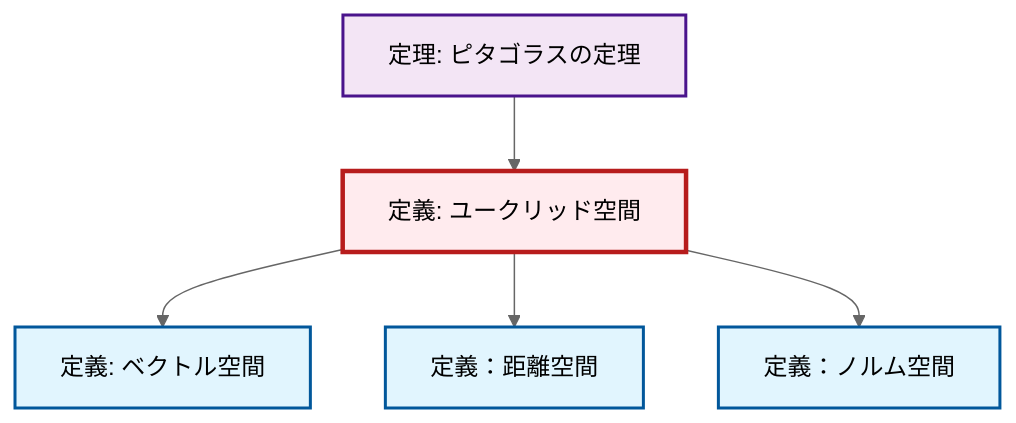
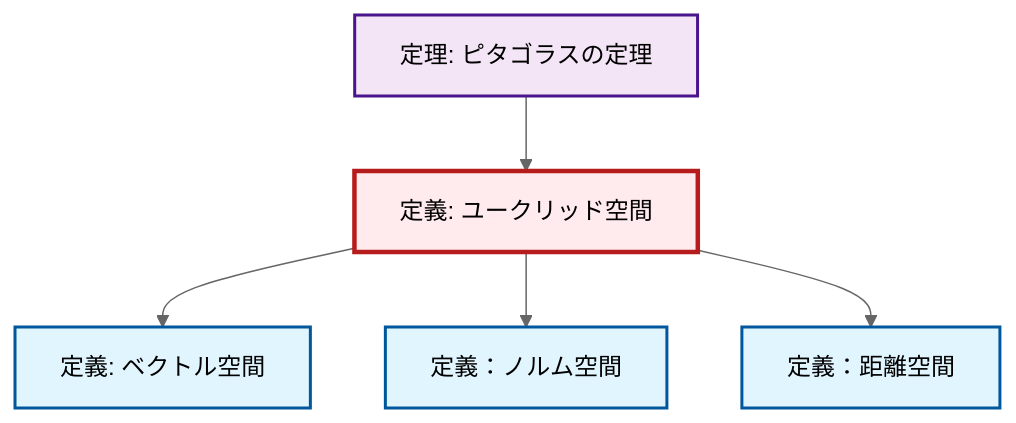
Before and after one commit to RK0429/ModernMath: the diagram in output/mermaid/ja/def-euclidean-space.mermaid, drawn with Mermaid (neutral theme). The commit also changed other lines of this file and 3094 other files, not shown here.

```diff
--- a/output/mermaid/ja/def-euclidean-space.mermaid
+++ b/output/mermaid/ja/def-euclidean-space.mermaid
@@ -1,17 +1,17 @@
 %%| fig-cap: "Local dependency graph"
 graph TD
     classDef definition fill:#e1f5fe,stroke:#01579b,stroke-width:2px
     classDef theorem fill:#f3e5f5,stroke:#4a148c,stroke-width:2px
     classDef axiom fill:#fff3e0,stroke:#e65100,stroke-width:2px
     classDef example fill:#e8f5e9,stroke:#1b5e20,stroke-width:2px
     classDef current fill:#ffebee,stroke:#b71c1c,stroke-width:3px
+    def-vector-space["定義: ベクトル空間"]:::definition
     def-metric-space["定義：距離空間"]:::definition
     def-normed-vector-space["定義：ノルム空間"]:::definition
-    def-vector-space["定義: ベクトル空間"]:::definition
+    thm-pythagorean["定理: ピタゴラスの定理"]:::theorem
     def-euclidean-space["定義: ユークリッド空間"]:::definition
-    thm-pythagorean["定理: ピタゴラスの定理"]:::theorem
+    def-euclidean-space --> def-vector-space
     thm-pythagorean --> def-euclidean-space
-    def-euclidean-space --> def-vector-space
+    def-euclidean-space --> def-normed-vector-space
     def-euclidean-space --> def-metric-space
-    def-euclidean-space --> def-normed-vector-space
     class def-euclidean-space current
```
